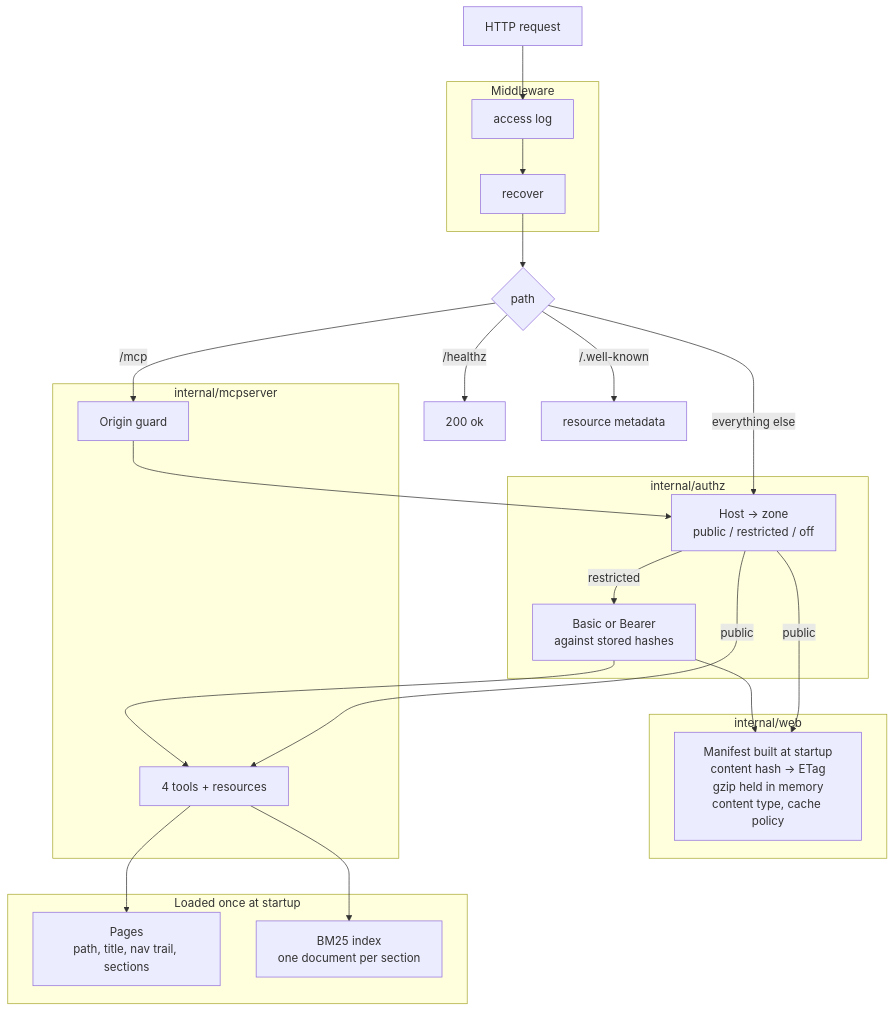
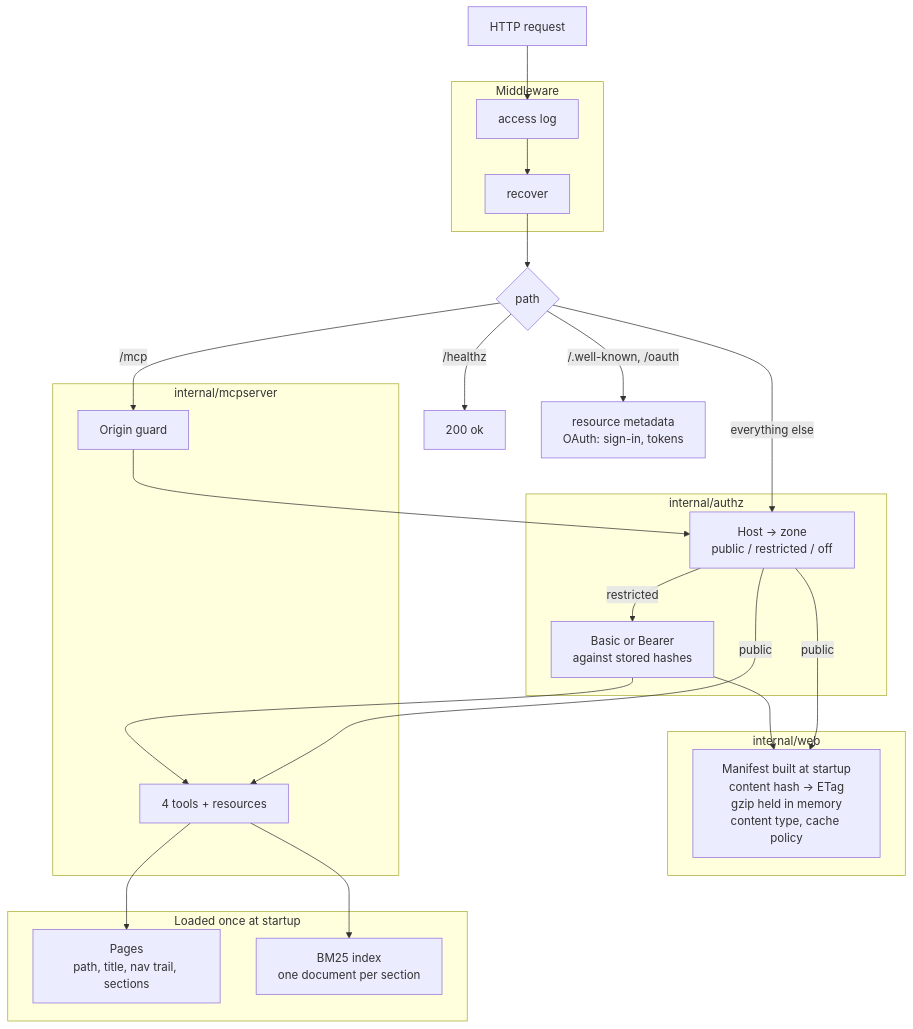
The second of 3 diagrams in ARCHITECTURE.md (kinjelom/mkdocsgo), drawn with Mermaid before and after one commit. The commit also changed other lines of this file and 15 other files, not shown here.

````diff
--- a/ARCHITECTURE.md
+++ b/ARCHITECTURE.md
@@ -38,43 +38,43 @@
 ```mermaid
 flowchart TB
     req["HTTP request"]
 
     subgraph mw["Middleware"]
         logm["access log"]
         rec["recover"]
     end
 
     mux{"path"}
 
     subgraph authzp["internal/authz"]
         zone["Host -> zone<br/>public / restricted / off"]
         cred["Basic or Bearer<br/>against stored hashes"]
     end
 
     subgraph websrv["internal/web"]
         manifest["Manifest built at startup<br/>content hash -> ETag<br/>gzip held in memory<br/>content type, cache policy"]
     end
 
     subgraph mcpsrv["internal/mcpserver"]
         guard["Origin guard"]
         tools["4 tools + resources"]
     end
 
     subgraph mem["Loaded once at startup"]
         pages["Pages<br/>path, title, nav trail, sections"]
         idx["BM25 index<br/>one document per section"]
     end
 
     req --> logm --> rec --> mux
     mux -->|/healthz| ok["200 ok"]
-    mux -->|/.well-known| prm["resource metadata"]
+    mux -->|/.well-known, /oauth| prm["resource metadata<br/>OAuth: sign-in, tokens"]
     mux -->|/mcp| guard --> zone
     mux -->|everything else| zone
     zone -->|restricted| cred
     cred --> manifest
     cred --> tools
     zone -->|public| manifest
     zone -->|public| tools
     tools --> pages
     tools --> idx
 ```
````
